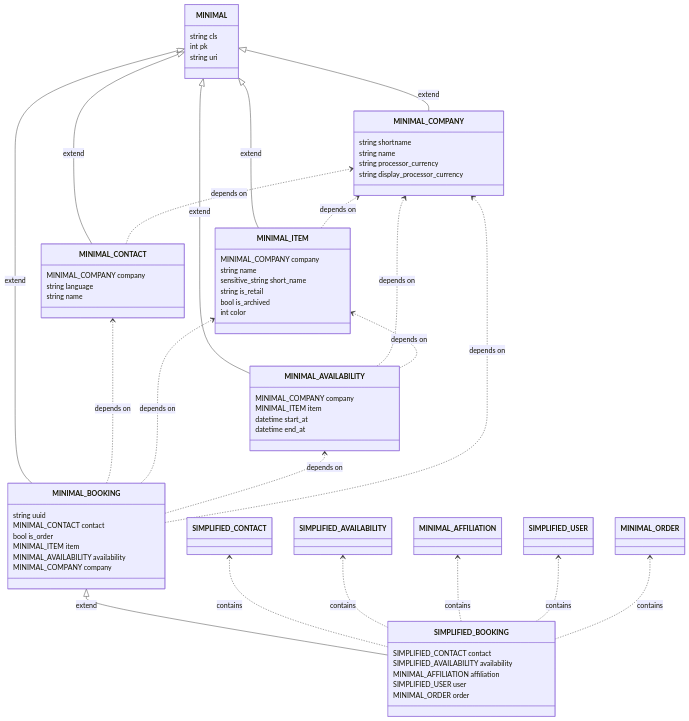
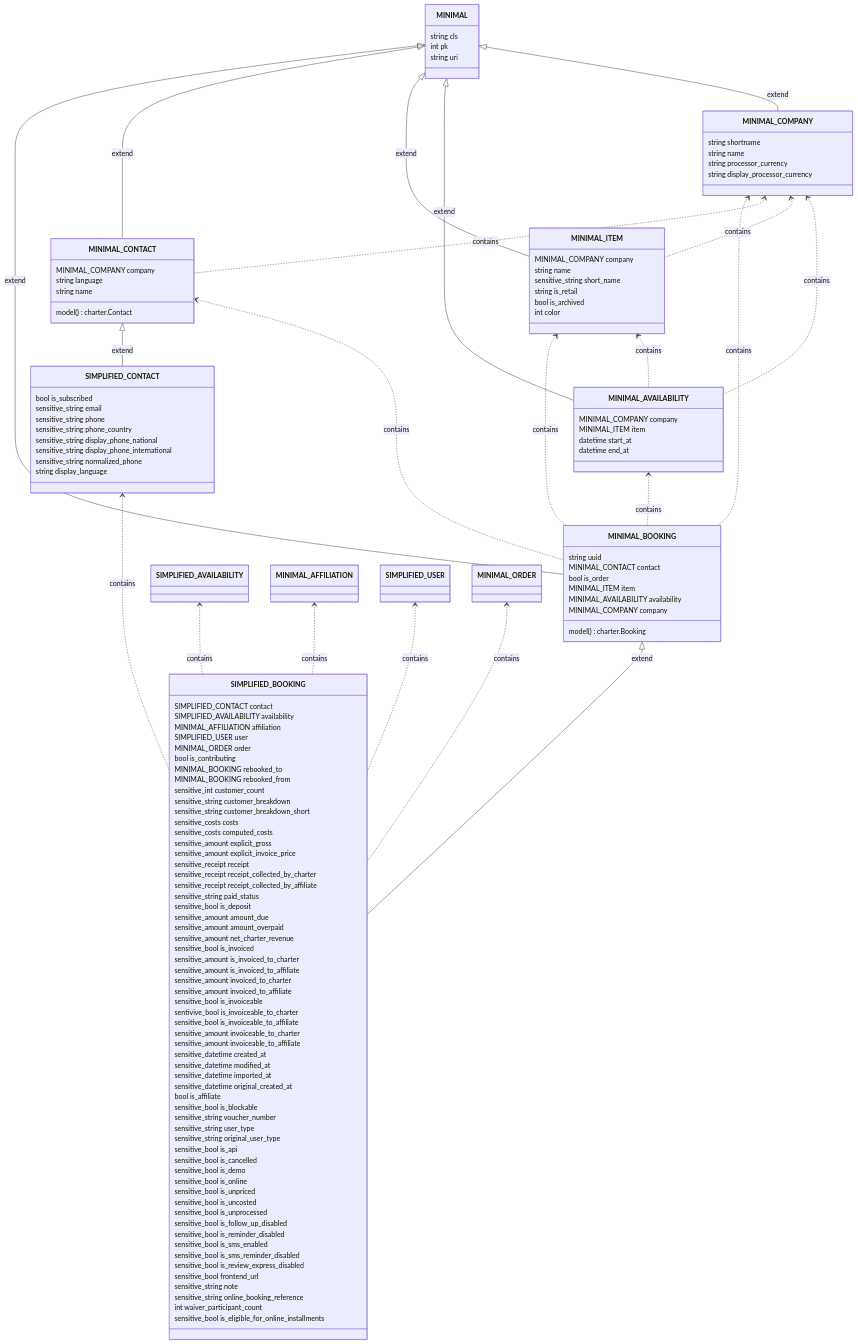
One commit to fulv/mermaid-demo changed the diagram in minimal_booking.md. Above: the diagram before and after it, drawn with Mermaid.

```diff
--- a/minimal_booking.md
+++ b/minimal_booking.md
@@ -9,6 +9,60 @@
     MINIMAL_AFFILIATION affiliation
     SIMPLIFIED_USER user
     MINIMAL_ORDER order
+    bool is_contributing
+    MINIMAL_BOOKING rebooked_to
+    MINIMAL_BOOKING rebooked_from
+    sensitive_int customer_count
+    sensitive_string customer_breakdown
+    sensitive_string customer_breakdown_short
+    sensitive_costs costs
+    sensitive_costs computed_costs
+    sensitive_amount explicit_gross
+    sensitive_amount explicit_invoice_price
+    sensitive_receipt receipt
+    sensitive_receipt receipt_collected_by_charter
+    sensitive_receipt receipt_collected_by_affiliate
+    sensitive_string paid_status
+    sensitive_bool is_deposit
+    sensitive_amount amount_due
+    sensitive_amount amount_overpaid
+    sensitive_amount net_charter_revenue
+    sensitive_bool is_invoiced
+    sensitive_amount is_invoiced_to_charter
+    sensitive_amount is_invoiced_to_affiliate
+    sensitive_amount invoiced_to_charter
+    sensitive_amount invoiced_to_affiliate
+    sensitive_bool is_invoiceable
+    sentivive_bool is_invoiceable_to_charter
+    sensitive_bool is_invoiceable_to_affiliate
+    sensitive_amount invoiceable_to_charter
+    sensitive_amount invoiceable_to_affiliate
+    sensitive_datetime created_at
+    sensitive_datetime modified_at
+    sensitive_datetime imported_at
+    sensitive_datetime original_created_at
+    bool is_affiliate
+    sensitive_bool is_blockable
+    sensitive_string voucher_number
+    sensitive_string user_type
+    sensitive_string original_user_type
+    sensitive_bool is_api
+    sensitive_bool is_cancelled
+    sensitive_bool is_demo
+    sensitive_bool is_online
+    sensitive_bool is_unpriced
+    sensitive_bool is_uncosted
+    sensitive_bool is_unprocessed
+    sensitive_bool is_follow_up_disabled
+    sensitive_bool is_reminder_disabled
+    sensitive_bool is_sms_enabled
+    sensitive_bool is_sms_reminder_disabled
+    sensitive_bool is_review_express_disabled
+    sensitive_bool frontend_url
+    sensitive_string note
+    sensitive_string online_booking_reference
+    int waiver_participant_count
+    sensitive_bool is_eligible_for_online_installments
   }
   SIMPLIFIED_BOOKING --|> MINIMAL_BOOKING : extend
   SIMPLIFIED_BOOKING ..> SIMPLIFIED_CONTACT : contains
@@ -17,6 +71,17 @@
   SIMPLIFIED_BOOKING ..> SIMPLIFIED_USER : contains
   SIMPLIFIED_BOOKING ..> MINIMAL_ORDER : contains
   
+  class SIMPLIFIED_CONTACT {
+    bool is_subscribed
+    sensitive_string email
+    sensitive_string phone
+    sensitive_string phone_country
+    sensitive_string display_phone_national
+    sensitive_string display_phone_international
+    sensitive_string normalized_phone
+    string display_language
+  }
+  SIMPLIFIED_CONTACT --|> MINIMAL_CONTACT : extend
   
   class MINIMAL_BOOKING {
     string uuid
@@ -25,20 +90,22 @@
     MINIMAL_ITEM item
     MINIMAL_AVAILABILITY availability
     MINIMAL_COMPANY company
+    model() charter.Booking
   }
   MINIMAL_BOOKING --|> MINIMAL : extend
-  MINIMAL_BOOKING ..> MINIMAL_CONTACT : depends on
-  MINIMAL_BOOKING ..> MINIMAL_ITEM : depends on
-  MINIMAL_BOOKING ..> MINIMAL_AVAILABILITY : depends on
-  MINIMAL_BOOKING ..> MINIMAL_COMPANY : depends on
+  MINIMAL_BOOKING ..> MINIMAL_CONTACT : contains
+  MINIMAL_BOOKING ..> MINIMAL_ITEM : contains
+  MINIMAL_BOOKING ..> MINIMAL_AVAILABILITY : contains
+  MINIMAL_BOOKING ..> MINIMAL_COMPANY : contains
   
   class MINIMAL_CONTACT {
     MINIMAL_COMPANY company
     string language
     string name
+    model() charter.Contact
   }
   MINIMAL_CONTACT --|> MINIMAL : extend
-  MINIMAL_CONTACT ..> MINIMAL_COMPANY : depends on
+  MINIMAL_CONTACT ..> MINIMAL_COMPANY : contains
   
   class MINIMAL_ITEM {
     MINIMAL_COMPANY company
@@ -49,7 +116,7 @@
     int color
   }
   MINIMAL_ITEM --|> MINIMAL : extend
-  MINIMAL_ITEM ..> MINIMAL_COMPANY : depends on
+  MINIMAL_ITEM ..> MINIMAL_COMPANY : contains
   
   class MINIMAL_AVAILABILITY {
     MINIMAL_COMPANY company
@@ -58,8 +125,8 @@
     datetime end_at
   }
   MINIMAL_AVAILABILITY --|> MINIMAL : extend
-  MINIMAL_AVAILABILITY ..> MINIMAL_COMPANY : depends on
-  MINIMAL_AVAILABILITY ..> MINIMAL_ITEM : depends on
+  MINIMAL_AVAILABILITY ..> MINIMAL_COMPANY : contains
+  MINIMAL_AVAILABILITY ..> MINIMAL_ITEM : contains
   
   class MINIMAL_COMPANY {
     string shortname
```
